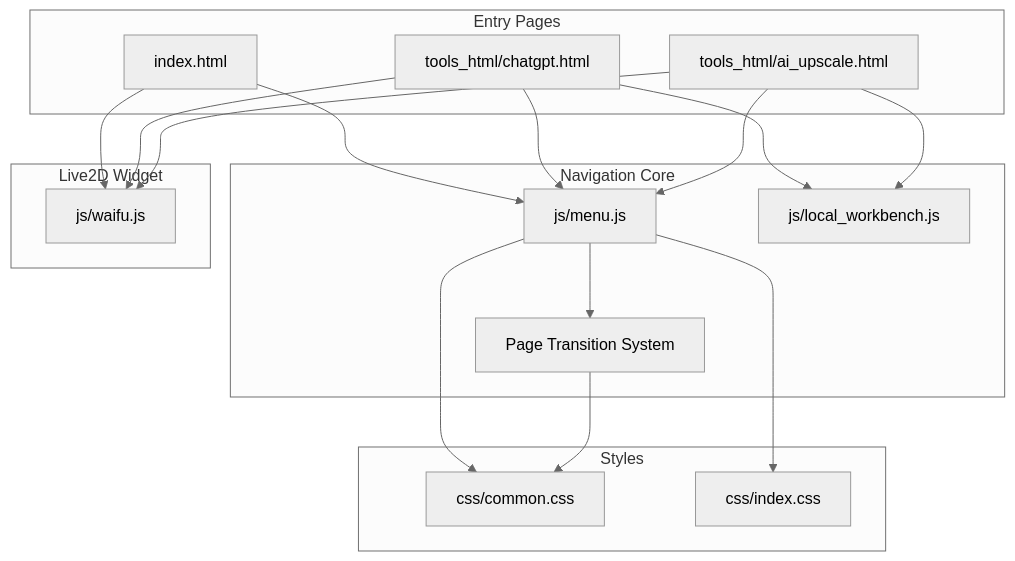
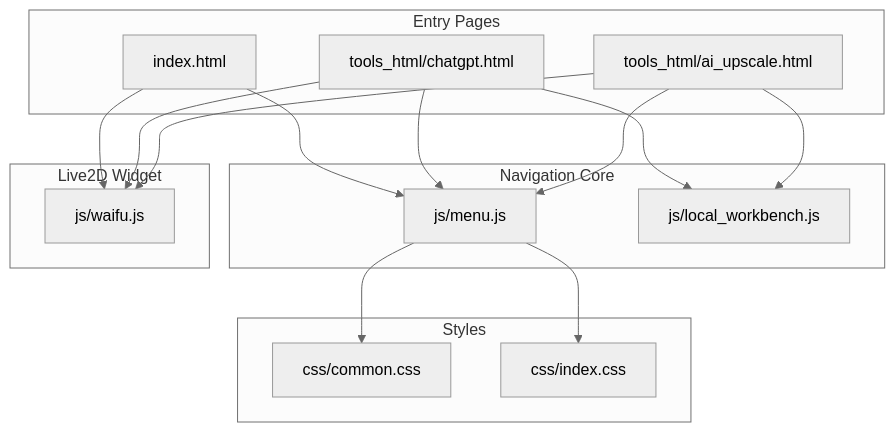
Before and after one commit to treasureGrove/TAWEBTOOL: the first of 3 diagrams in .qoder/repowiki/en/content/Core Navigation System.md, drawn with Mermaid (neutral theme). The commit also changed other lines of this file and 101 other files, not shown here.

````diff
--- a/.qoder/repowiki/en/content/Core Navigation System.md
+++ b/.qoder/repowiki/en/content/Core Navigation System.md
@@ -41,32 +39,29 @@
 ```mermaid
 graph TB
 subgraph "Entry Pages"
 IDX["index.html"]
 TH1["tools_html/chatgpt.html"]
 TH2["tools_html/ai_upscale.html"]
 end
 subgraph "Navigation Core"
 MJ["js/menu.js"]
 LWB["js/local_workbench.js"]
-PT["Page Transition System"]
 end
 subgraph "Styles"
 CC["css/common.css"]
 IC["css/index.css"]
 end
 subgraph "Live2D Widget"
 WJ["js/waifu.js"]
 end
 IDX --> MJ
 TH1 --> MJ
 TH2 --> MJ
 MJ --> CC
 MJ --> IC
-MJ --> PT
 TH1 --> LWB
 TH2 --> LWB
 IDX --> WJ
 TH1 --> WJ
 TH2 --> WJ
-PT --> CC
 ```
````
